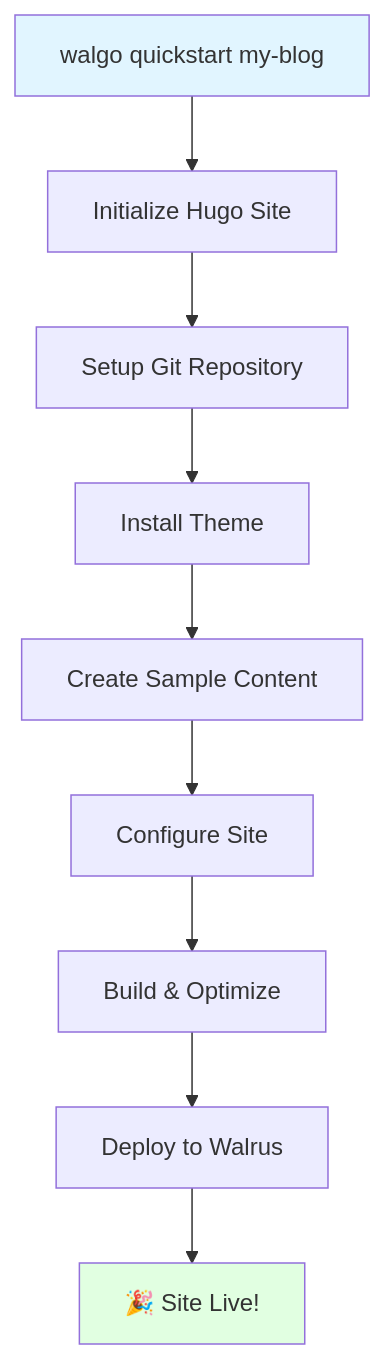
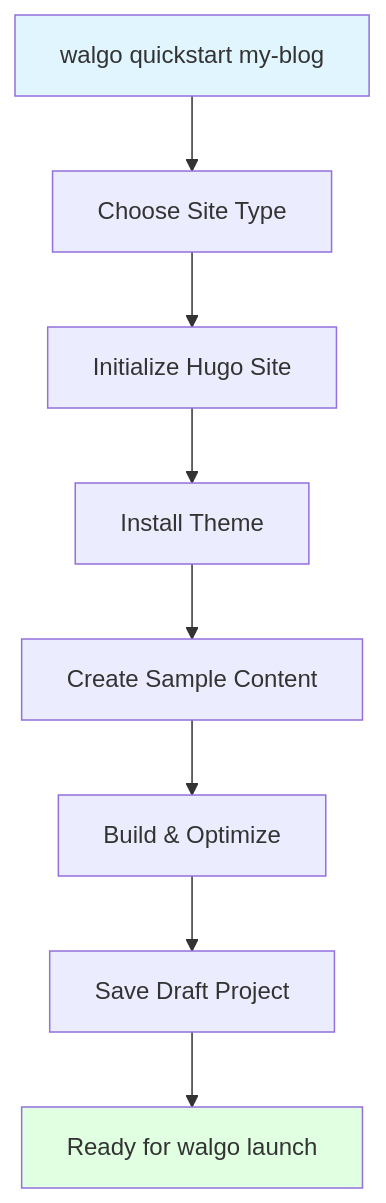
One commit to ganbitlabs/walgo changed the diagram in docs/QUICKSTART.md. Above: the diagram before and after it, drawn with Mermaid. The commit also changed other lines of this file and 3 other files, not shown here.

````diff
--- a/docs/QUICKSTART.md
+++ b/docs/QUICKSTART.md
@@ -137,14 +149,13 @@
 ```mermaid
 graph TD
-    Start[walgo quickstart my-blog] --> Init[Initialize Hugo Site]
-    Init --> Git[Setup Git Repository]
-    Git --> Theme[Install Theme]
+    Start[walgo quickstart my-blog] --> Type[Choose Site Type]
+    Type --> Init[Initialize Hugo Site]
+    Init --> Theme[Install Theme]
     Theme --> Content[Create Sample Content]
-    Content --> Config[Configure Site]
-    Config --> Build[Build & Optimize]
-    Build --> Deploy[Deploy to Walrus]
-    Deploy --> Done[🎉 Site Live!]
+    Content --> Build[Build & Optimize]
+    Build --> Project[Save Draft Project]
+    Project --> Done[Ready for walgo launch]
 
     style Start fill:#e1f5ff
     style Done fill:#e1ffe1
 ```
````
